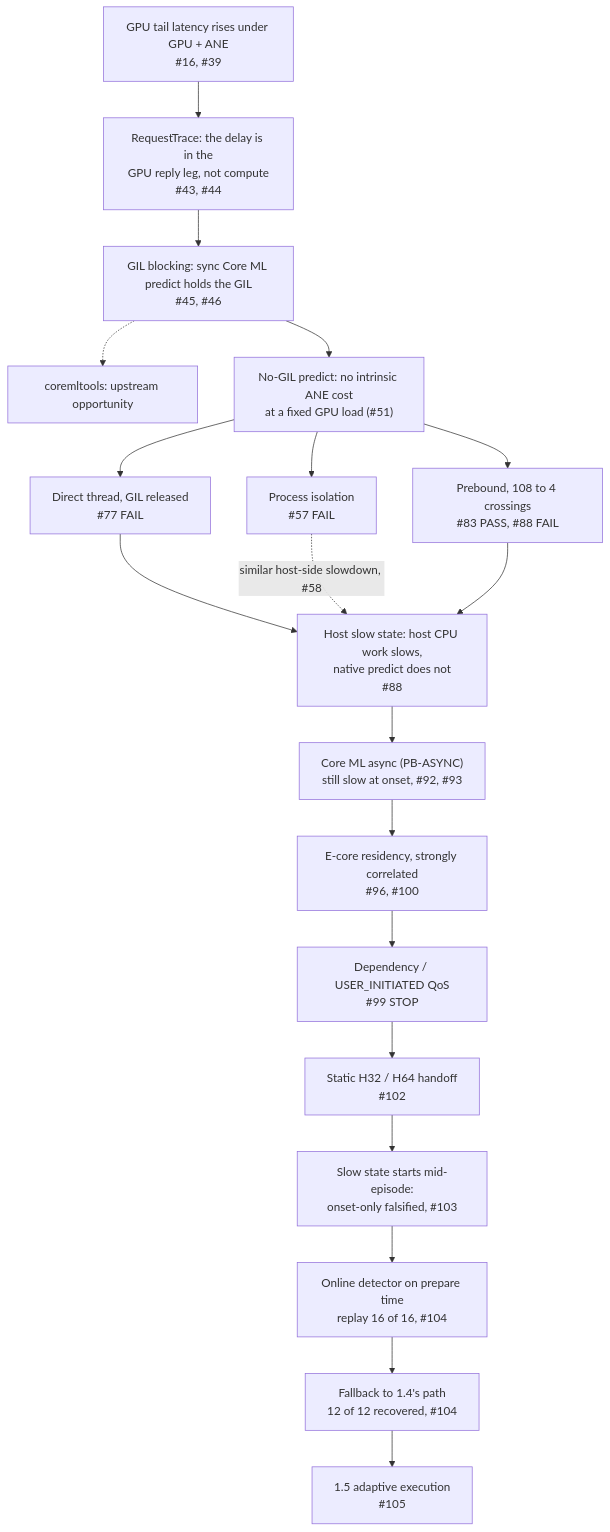
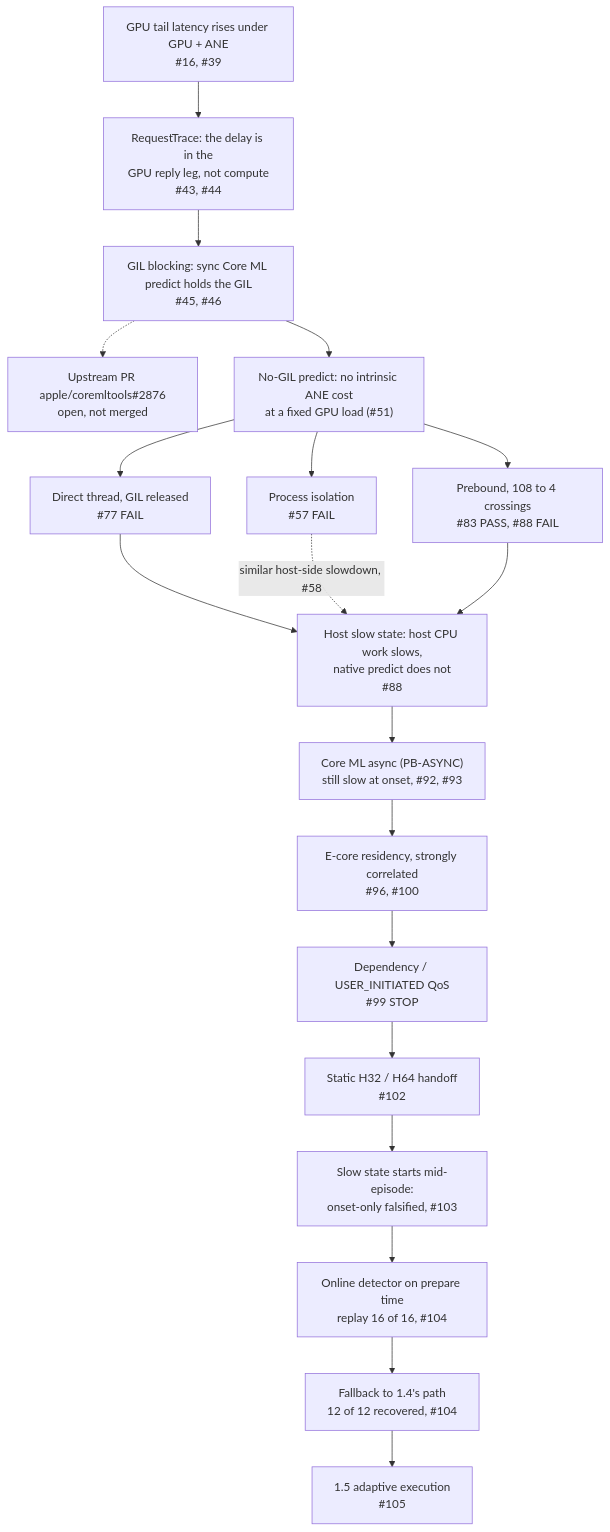
The diagram in research/README.md (tc3oliver/laya-apple), drawn with Mermaid before and after one commit. The commit also changed other lines of this file, not shown here.

First line of the commit message:
docs(research): cite the open coremltools GIL pull request

````diff
--- a/research/README.md
+++ b/research/README.md
@@ -39,21 +39,21 @@
 ```mermaid
 flowchart TD
     A["GPU tail latency rises under GPU + ANE<br/>#16, #39"] --> B["RequestTrace: the delay is in the<br/>GPU reply leg, not compute<br/>#43, #44"]
     B --> C["GIL blocking: sync Core ML predict holds the GIL<br/>#45, #46"]
-    C -.-> U["coremltools: upstream opportunity"]
+    C -.-> U["Upstream PR apple/coremltools#2876<br/>open, not merged"]
     C --> D["No-GIL predict: no intrinsic ANE cost<br/>at a fixed GPU load (#51)"]
     D --> E1["Process isolation<br/>#57 FAIL"]
     D --> E2["Direct thread, GIL released<br/>#77 FAIL"]
     D --> E3["Prebound, 108 to 4 crossings<br/>#83 PASS, #88 FAIL"]
     E2 --> F["Host slow state: host CPU work slows,<br/>native predict does not<br/>#88"]
     E1 -.->|similar host-side slowdown, #58| F
     E3 --> F
     F --> G["Core ML async (PB-ASYNC)<br/>still slow at onset, #92, #93"]
     G --> H["E-core residency, strongly correlated<br/>#96, #100"]
     H --> I["Dependency / USER_INITIATED QoS<br/>#99 STOP"]
     I --> J["Static H32 / H64 handoff<br/>#102"]
     J --> K["Slow state starts mid-episode:<br/>onset-only falsified, #103"]
     K --> L["Online detector on prepare time<br/>replay 16 of 16, #104"]
     L --> M["Fallback to 1.4's path<br/>12 of 12 recovered, #104"]
     M --> N["1.5 adaptive execution<br/>#105"]
 ```
````
